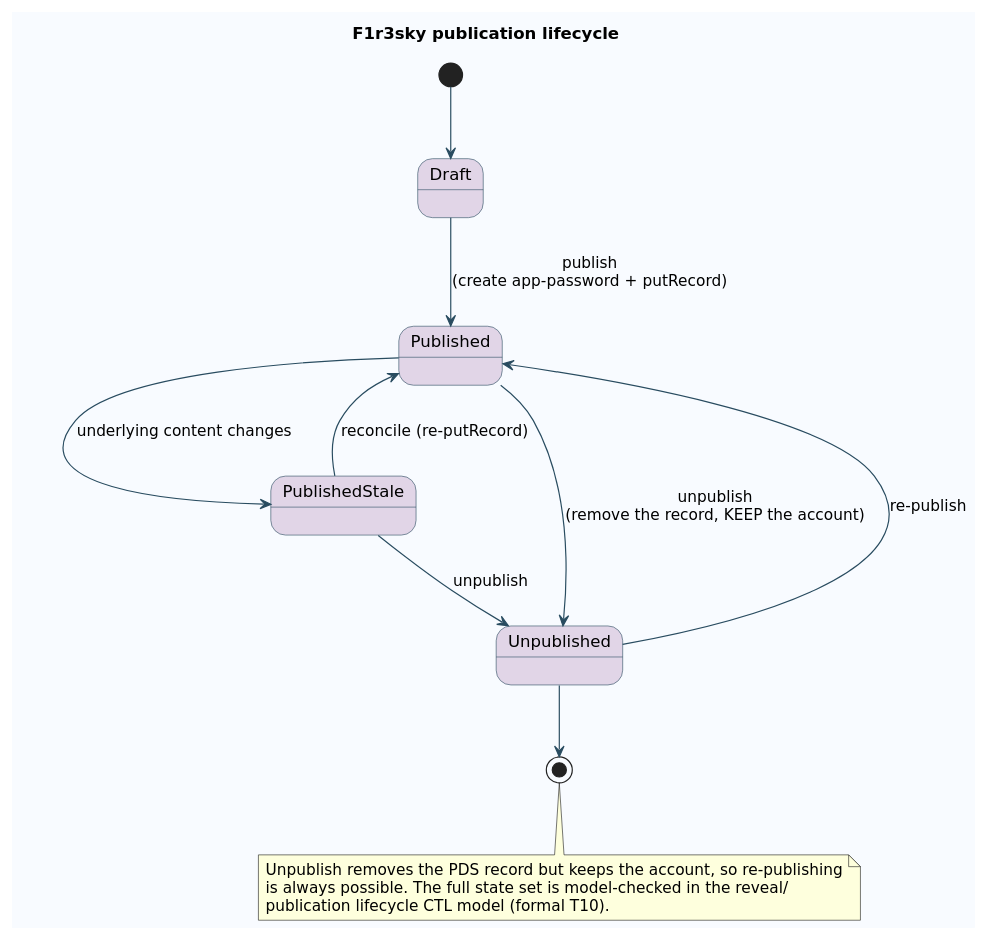
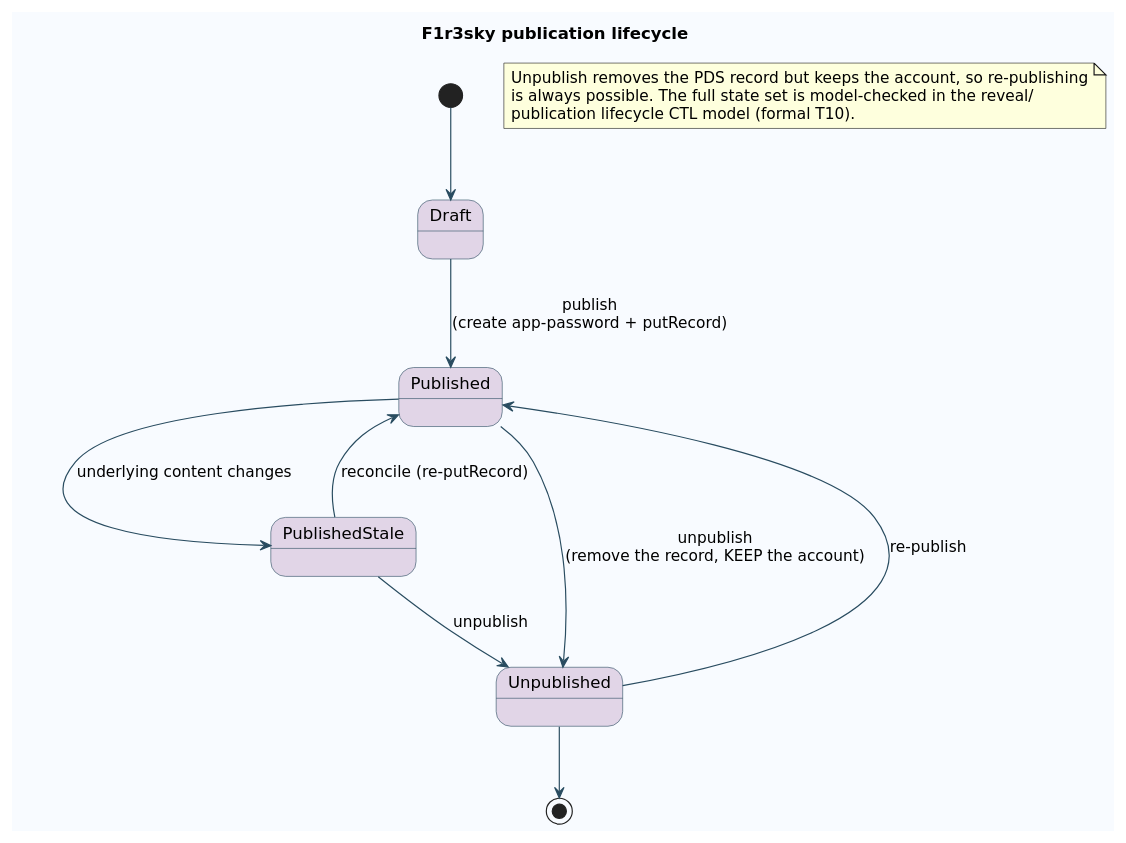
The diagram in docs/diagrams/35-publication-lifecycle.puml (F1R3FLY-io/embers), drawn with PlantUML before and after one commit. The commit also changed 2 other files, not shown here.

Commit message:
fix(diagrams,docs-check): valid state-diagram note + stderr-gated check
Diagram 35 used `note bottom`, the activity-diagram floating-note form, which is
invalid in a state diagram: PlantUML emitted a soft "Error line N" to stderr while
still rendering the SVG, so the committed diagram looked fine but the render was not
clean. Switched to the valid `note as N1` form (no error).

Hardened docs-check to capture PlantUML's stderr on re-render and fail on any
"Error"/"contains errors" line — previously it only inspected the SVG for
error-image text, which missed this soft-error class. docs-check remains PASS across
the whole tree.

```diff
--- a/docs/diagrams/35-publication-lifecycle.puml
+++ b/docs/diagrams/35-publication-lifecycle.puml
@@ -1,28 +1,28 @@
 @startuml 35-publication-lifecycle
 ' Agent-team F1r3sky publication lifecycle.
 skinparam backgroundColor #F8FBFF
 skinparam shadowing false
 skinparam ArrowColor #294C60
 skinparam defaultFontName "DejaVu Sans"
 skinparam state {
   BackgroundColor #E1D5E7
   BorderColor #294C60
 }
 
 title F1r3sky publication lifecycle
 
 [*] --> Draft
 Draft --> Published : publish\n(create app-password + putRecord)
 Published --> PublishedStale : underlying content changes
 PublishedStale --> Published : reconcile (re-putRecord)
 Published --> Unpublished : unpublish\n(remove the record, KEEP the account)
 PublishedStale --> Unpublished : unpublish
 Unpublished --> Published : re-publish
 Unpublished --> [*]
 
-note bottom
+note as N1
   Unpublish removes the PDS record but keeps the account, so re-publishing
   is always possible. The full state set is model-checked in the reveal/
   publication lifecycle CTL model (formal T10).
 end note
 @enduml
```
